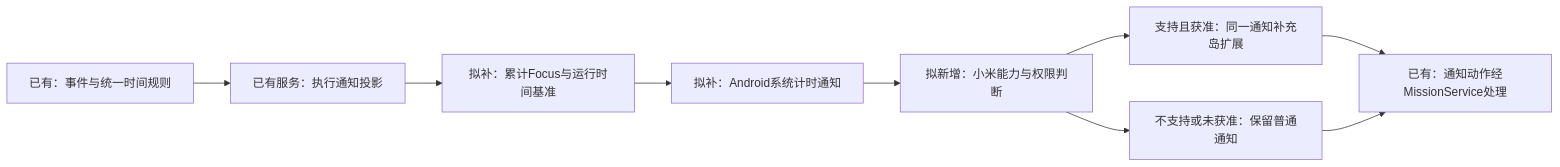
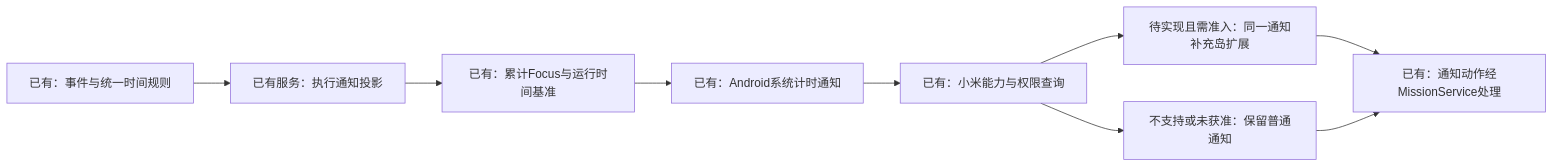
Before and after one commit to Liuxin4950/MissionBook: the diagram in docs/开发/小米超级岛计时通知接入调研.md, drawn with Mermaid. The commit also changed other lines of this file and 38 other files, not shown here.

````diff
--- a/docs/开发/小米超级岛计时通知接入调研.md
+++ b/docs/开发/小米超级岛计时通知接入调研.md
@@ -26,11 +26,11 @@
 ```mermaid
 flowchart LR
     A[已有：事件与统一时间规则] --> B[已有服务：执行通知投影]
-    B --> C[拟补：累计Focus与运行时间基准]
-    C --> D[拟补：Android系统计时通知]
-    D --> E[拟新增：小米能力与权限判断]
-    E --> F[支持且获准：同一通知补充岛扩展]
+    B --> C[已有：累计Focus与运行时间基准]
+    C --> D[已有：Android系统计时通知]
+    D --> E[已有：小米能力与权限查询]
+    E --> F[待实现且需准入：同一通知补充岛扩展]
     E --> G[不支持或未获准：保留普通通知]
     F --> H[已有：通知动作经MissionService处理]
     G --> H
 ```
````
